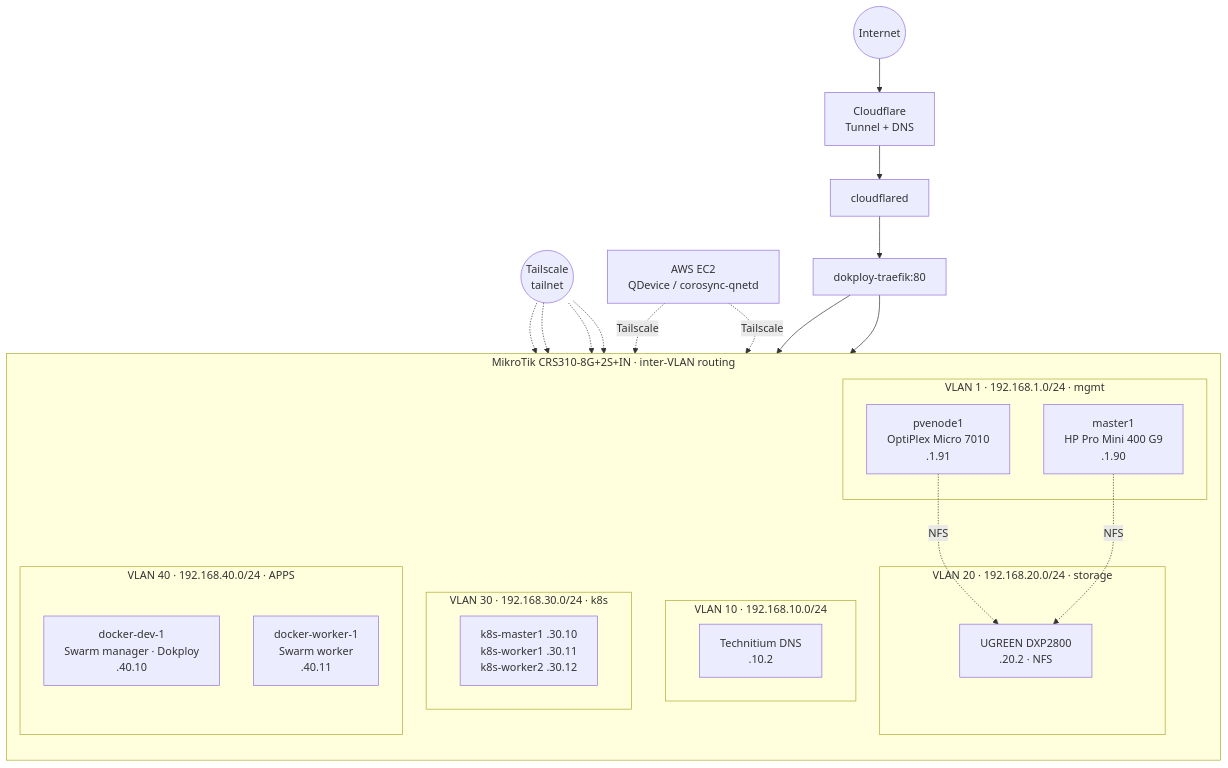
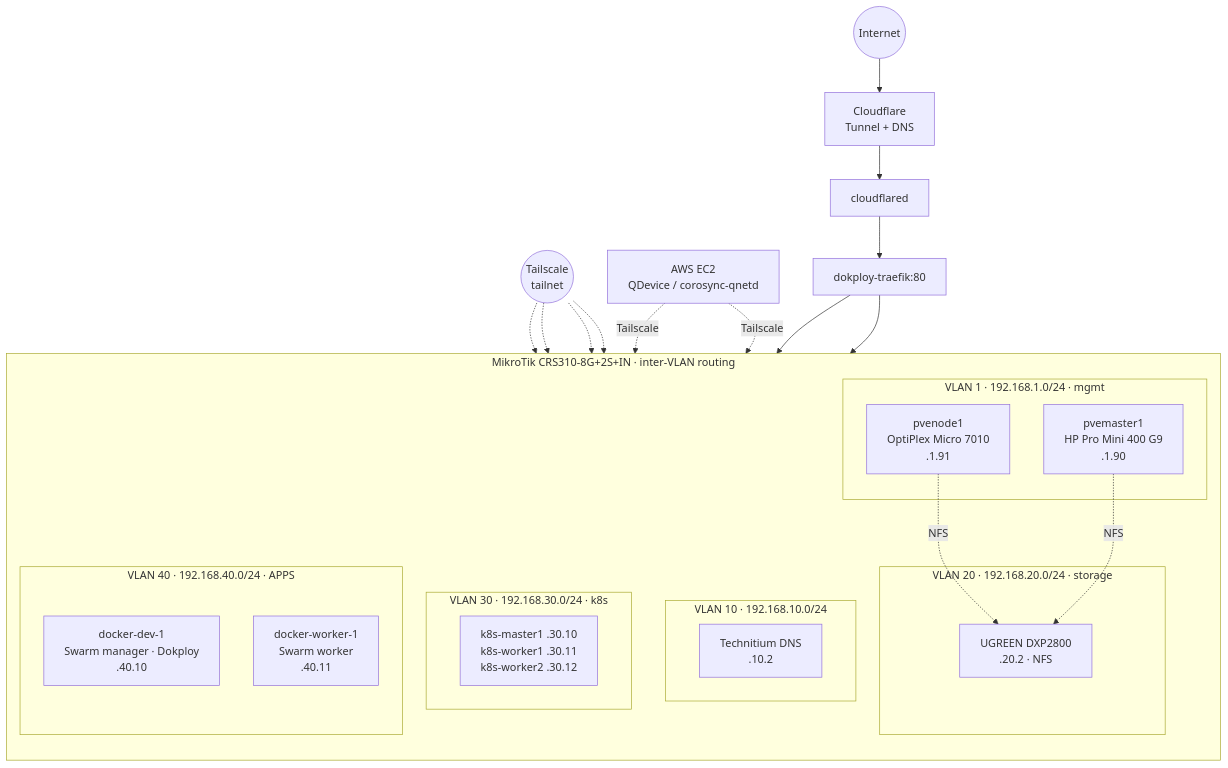
The diagram in dokploy/compose-files/projects/homelab/docs-zensical/docs/README.md (Cpinto0594/proxmox_scripts_tests), drawn with Mermaid before and after one commit. The commit also changed other lines of this file and 24 other files, not shown here.

````diff
--- a/dokploy/compose-files/projects/homelab/docs-zensical/docs/README.md
+++ b/dokploy/compose-files/projects/homelab/docs-zensical/docs/README.md
@@ -10,31 +10,31 @@
 ```mermaid
 flowchart TB
     internet((Internet)) --> cf[Cloudflare<br/>Tunnel + DNS]
     ts((Tailscale<br/>tailnet)) -.-> pve1 & pve2 & dd1 & dw1
     ec2[AWS EC2<br/>QDevice / corosync-qnetd] -.Tailscale.-> pve1 & pve2
 
     subgraph lan[MikroTik CRS310-8G+2S+IN · inter-VLAN routing]
         direction TB
         subgraph v1[VLAN 1 · 192.168.1.0/24 · mgmt]
             pve1[pvenode1<br/>OptiPlex Micro 7010<br/>.1.91]
-            pve2[master1<br/>HP Pro Mini 400 G9<br/>.1.90]
+            pve2[pvemaster1<br/>HP Pro Mini 400 G9<br/>.1.90]
         end
         subgraph v10[VLAN 10 · 192.168.10.0/24]
             dns[Technitium DNS<br/>.10.2]
         end
         subgraph v20[VLAN 20 · 192.168.20.0/24 · storage]
             nas[UGREEN DXP2800<br/>.20.2 · NFS]
         end
         subgraph v30[VLAN 30 · 192.168.30.0/24 · k8s]
             k8s[k8s-master1 .30.10<br/>k8s-worker1 .30.11<br/>k8s-worker2 .30.12]
         end
         subgraph v40[VLAN 40 · 192.168.40.0/24 · APPS]
             dd1[docker-dev-1<br/>Swarm manager · Dokploy<br/>.40.10]
             dw1[docker-worker-1<br/>Swarm worker<br/>.40.11]
         end
     end
 
     cf --> cloudflared[cloudflared] --> traefik[dokploy-traefik:80]
     traefik --> dd1 & dw1
     pve1 & pve2 -.NFS.-> nas
 ```
````
